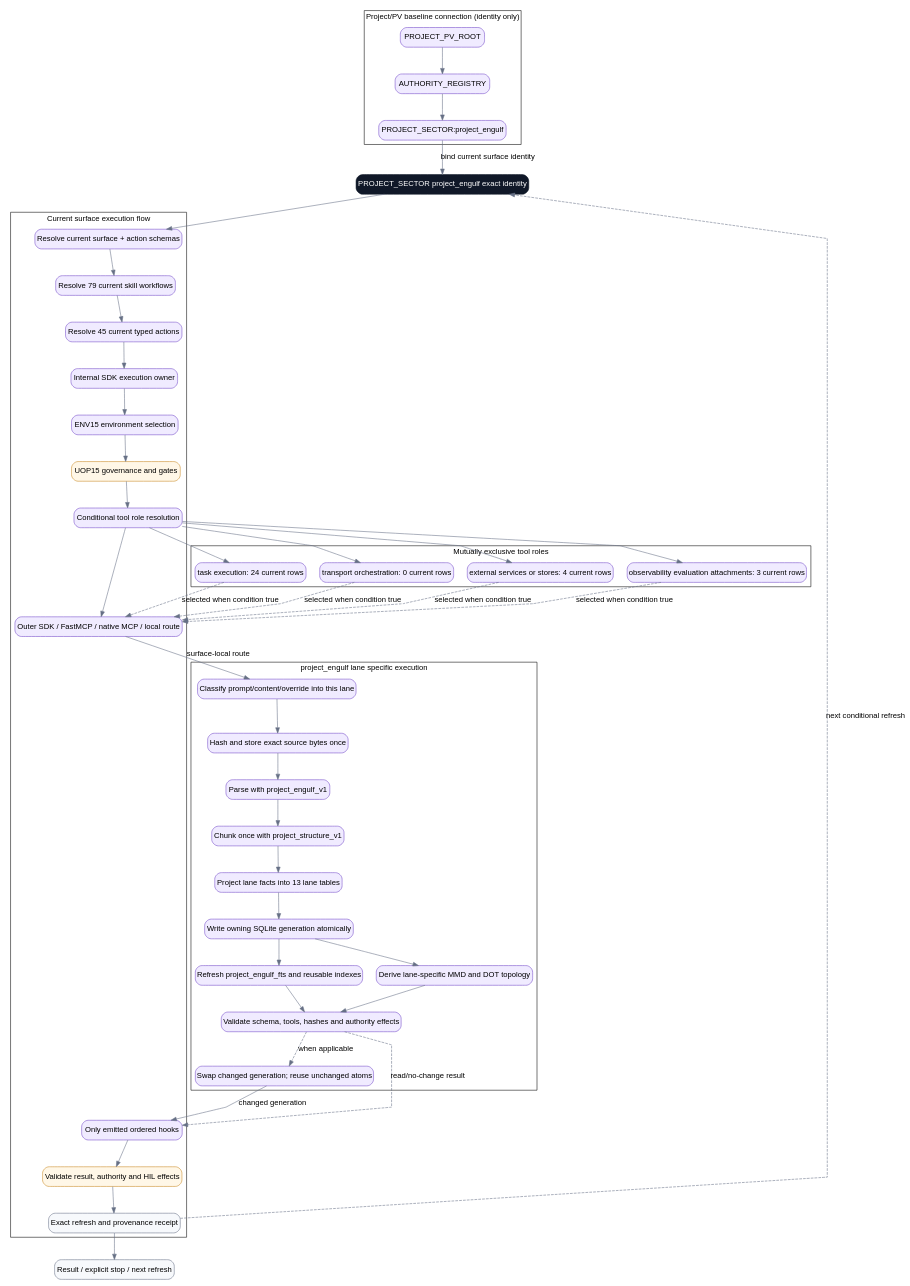
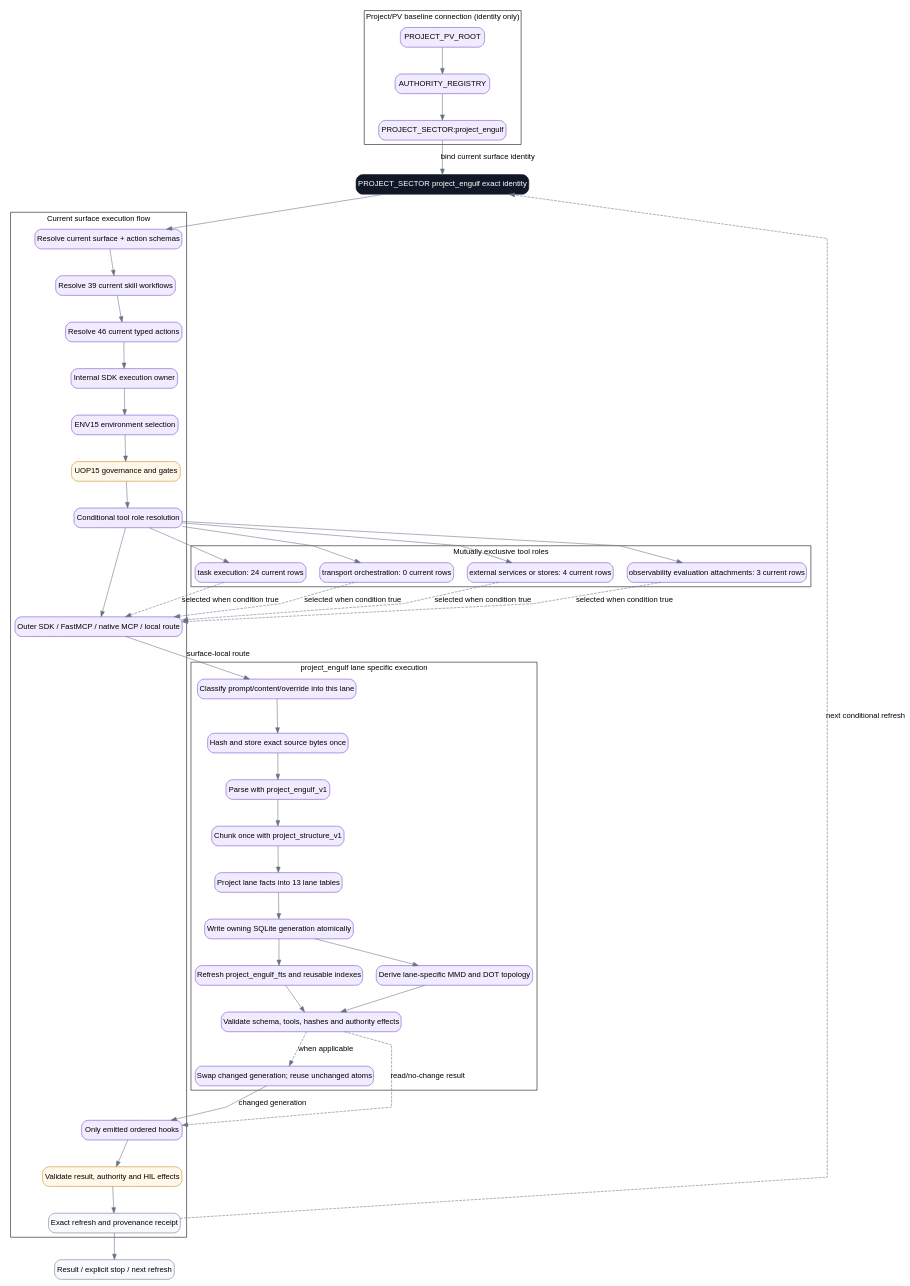
One commit to rathee000001/evidence_lane_plugin changed the diagram in plugins/evidence-lane-plugin/authorities/project_sectors/project_engulf/workflow.dot. Above: the diagram before and after it, drawn with Graphviz. The commit also changed 551 other files, not shown here.

```diff
--- a/plugins/evidence-lane-plugin/authorities/project_sectors/project_engulf/workflow.dot
+++ b/plugins/evidence-lane-plugin/authorities/project_sectors/project_engulf/workflow.dot
@@ -1,85 +1,85 @@
 digraph surface_project_sector_project_engulf {
   // EVIDENCE_LANE_GRAPH_ENGINE=PYTHON_GRAPHVIZ
   // PYTHON_GRAPHVIZ_VERSION=0.21
   bgcolor=white compound=true fontname=Arial newrank=true nodesep=0.35 rankdir=TB ranksep=0.65 splines=polyline
   node [color="#667085" fontname=Arial shape=box style="rounded,filled"]
   edge [color="#667085" fontname=Arial]
   ENTRY [label="PROJECT_SECTOR project_engulf exact identity" color="#101828" fillcolor="#101828" fontcolor=white shape=box style="rounded,filled"]
   EXIT [label="Result / explicit stop / next refresh" color="#667085" fillcolor="#f7f9fc" shape=box style="rounded,filled"]
   subgraph cluster_flow {
     label="Current surface execution flow" rankdir=TB
     SCHEMA [label="Resolve current surface + action schemas" color="#7147c7" fillcolor="#f0ebff" shape=box style="rounded,filled"]
-    SKILLS [label="Resolve 79 current skill workflows" color="#7147c7" fillcolor="#f0ebff" shape=box style="rounded,filled"]
-    ACTIONS [label="Resolve 45 current typed actions" color="#7147c7" fillcolor="#f0ebff" shape=box style="rounded,filled"]
+    SKILLS [label="Resolve 39 current skill workflows" color="#7147c7" fillcolor="#f0ebff" shape=box style="rounded,filled"]
+    ACTIONS [label="Resolve 46 current typed actions" color="#7147c7" fillcolor="#f0ebff" shape=box style="rounded,filled"]
     INTERNAL_SDK [label="Internal SDK execution owner" color="#7147c7" fillcolor="#f0ebff" shape=box style="rounded,filled"]
     ENV [label="ENV15 environment selection" color="#7147c7" fillcolor="#f0ebff" shape=box style="rounded,filled"]
     UOP [label="UOP15 governance and gates" color="#c88722" fillcolor="#fff7e7" shape=box style="rounded,filled"]
     TOOLS [label="Conditional tool role resolution" color="#7147c7" fillcolor="#f0ebff" shape=box style="rounded,filled"]
     OUTER [label="Outer SDK / FastMCP / native MCP / local route" color="#7147c7" fillcolor="#f0ebff" shape=box style="rounded,filled"]
     HOOKS [label="Only emitted ordered hooks" color="#7147c7" fillcolor="#f0ebff" shape=box style="rounded,filled"]
     VALIDATE [label="Validate result, authority and HIL effects" color="#c88722" fillcolor="#fff7e7" shape=box style="rounded,filled"]
     RECEIPT [label="Exact refresh and provenance receipt" color="#667085" fillcolor="#f7f9fc" shape=box style="rounded,filled"]
   }
   subgraph cluster_project_pv_baseline {
     label="Project/PV baseline connection (identity only)" rankdir=TB
     BASELINE_01 [label=PROJECT_PV_ROOT color="#7147c7" fillcolor="#f0ebff" shape=box style="rounded,filled"]
     BASELINE_02 [label=AUTHORITY_REGISTRY color="#7147c7" fillcolor="#f0ebff" shape=box style="rounded,filled"]
     BASELINE_03 [label="PROJECT_SECTOR:project_engulf" color="#7147c7" fillcolor="#f0ebff" shape=box style="rounded,filled"]
   }
   subgraph cluster_surface_phases {
     label="project_engulf lane specific execution" rankdir=TB
     PHASE_SOURCE_CLASSIFY [label="Classify prompt/content/override into this lane" color="#7147c7" fillcolor="#f0ebff" shape=box style="rounded,filled"]
     PHASE_EXACT_SOURCE_CAS [label="Hash and store exact source bytes once" color="#7147c7" fillcolor="#f0ebff" shape=box style="rounded,filled"]
     PHASE_LANE_PARSE [label="Parse with project_engulf_v1" color="#7147c7" fillcolor="#f0ebff" shape=box style="rounded,filled"]
     PHASE_LANE_CHUNK [label="Chunk once with project_structure_v1" color="#7147c7" fillcolor="#f0ebff" shape=box style="rounded,filled"]
     PHASE_STRUCTURED_FACTS [label="Project lane facts into 13 lane tables" color="#7147c7" fillcolor="#f0ebff" shape=box style="rounded,filled"]
     PHASE_SQLITE_COMMIT [label="Write owning SQLite generation atomically" color="#7147c7" fillcolor="#f0ebff" shape=box style="rounded,filled"]
     PHASE_RETRIEVAL_INDEX [label="Refresh project_engulf_fts and reusable indexes" color="#7147c7" fillcolor="#f0ebff" shape=box style="rounded,filled"]
     PHASE_TOPOLOGY_GRAPH [label="Derive lane-specific MMD and DOT topology" color="#7147c7" fillcolor="#f0ebff" shape=box style="rounded,filled"]
     PHASE_RESULT_VALIDATE [label="Validate schema, tools, hashes and authority effects" color="#7147c7" fillcolor="#f0ebff" shape=box style="rounded,filled"]
     PHASE_ATOMIC_REFRESH [label="Swap changed generation; reuse unchanged atoms" color="#7147c7" fillcolor="#f0ebff" shape=box style="rounded,filled"]
   }
   subgraph cluster_tool_roles {
     label="Mutually exclusive tool roles" rankdir=TB
     ROLE_TASK_EXECUTION [label="task execution: 24 current rows" color="#7147c7" fillcolor="#f0ebff" shape=box style="rounded,filled"]
     ROLE_TRANSPORT_ORCHESTRATION [label="transport orchestration: 0 current rows" color="#7147c7" fillcolor="#f0ebff" shape=box style="rounded,filled"]
     ROLE_EXTERNAL_SERVICES_OR_STORES [label="external services or stores: 4 current rows" color="#7147c7" fillcolor="#f0ebff" shape=box style="rounded,filled"]
     ROLE_OBSERVABILITY_EVALUATION_ATTACHMENTS [label="observability evaluation attachments: 3 current rows" color="#7147c7" fillcolor="#f0ebff" shape=box style="rounded,filled"]
   }
   ENTRY -> SCHEMA
   SCHEMA -> SKILLS
   SKILLS -> ACTIONS
   ACTIONS -> INTERNAL_SDK
   INTERNAL_SDK -> ENV
   ENV -> UOP
   UOP -> TOOLS
   TOOLS -> OUTER
   BASELINE_01 -> BASELINE_02
   BASELINE_02 -> BASELINE_03
   BASELINE_03 -> ENTRY [label="bind current surface identity"]
   OUTER -> PHASE_SOURCE_CLASSIFY [label="surface-local route"]
   PHASE_SOURCE_CLASSIFY -> PHASE_EXACT_SOURCE_CAS
   PHASE_EXACT_SOURCE_CAS -> PHASE_LANE_PARSE
   PHASE_LANE_PARSE -> PHASE_LANE_CHUNK
   PHASE_LANE_CHUNK -> PHASE_STRUCTURED_FACTS
   PHASE_STRUCTURED_FACTS -> PHASE_SQLITE_COMMIT
   PHASE_SQLITE_COMMIT -> PHASE_RETRIEVAL_INDEX
   PHASE_SQLITE_COMMIT -> PHASE_TOPOLOGY_GRAPH
   PHASE_RETRIEVAL_INDEX -> PHASE_RESULT_VALIDATE
   PHASE_TOPOLOGY_GRAPH -> PHASE_RESULT_VALIDATE
   PHASE_RESULT_VALIDATE -> PHASE_ATOMIC_REFRESH [label="when applicable" style=dashed]
   PHASE_RESULT_VALIDATE -> HOOKS [label="read/no-change result" style=dashed]
   PHASE_ATOMIC_REFRESH -> HOOKS [label="changed generation"]
   HOOKS -> VALIDATE
   VALIDATE -> RECEIPT
   RECEIPT -> EXIT
   RECEIPT -> ENTRY [label="next conditional refresh" style=dashed]
   TOOLS -> ROLE_TASK_EXECUTION
   ROLE_TASK_EXECUTION -> OUTER [label="selected when condition true" style=dashed]
   TOOLS -> ROLE_TRANSPORT_ORCHESTRATION
   ROLE_TRANSPORT_ORCHESTRATION -> OUTER [label="selected when condition true" style=dashed]
   TOOLS -> ROLE_EXTERNAL_SERVICES_OR_STORES
   ROLE_EXTERNAL_SERVICES_OR_STORES -> OUTER [label="selected when condition true" style=dashed]
   TOOLS -> ROLE_OBSERVABILITY_EVALUATION_ATTACHMENTS
   ROLE_OBSERVABILITY_EVALUATION_ATTACHMENTS -> OUTER [label="selected when condition true" style=dashed]
 }
```
